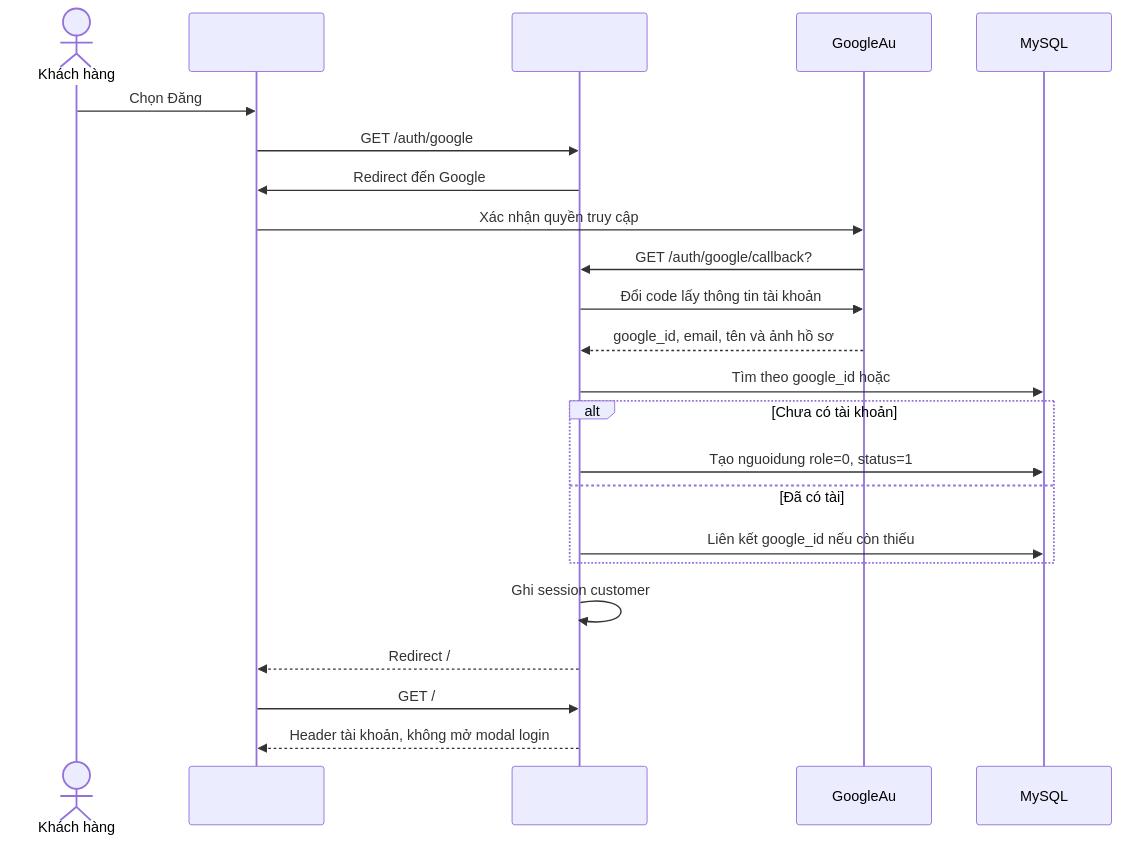
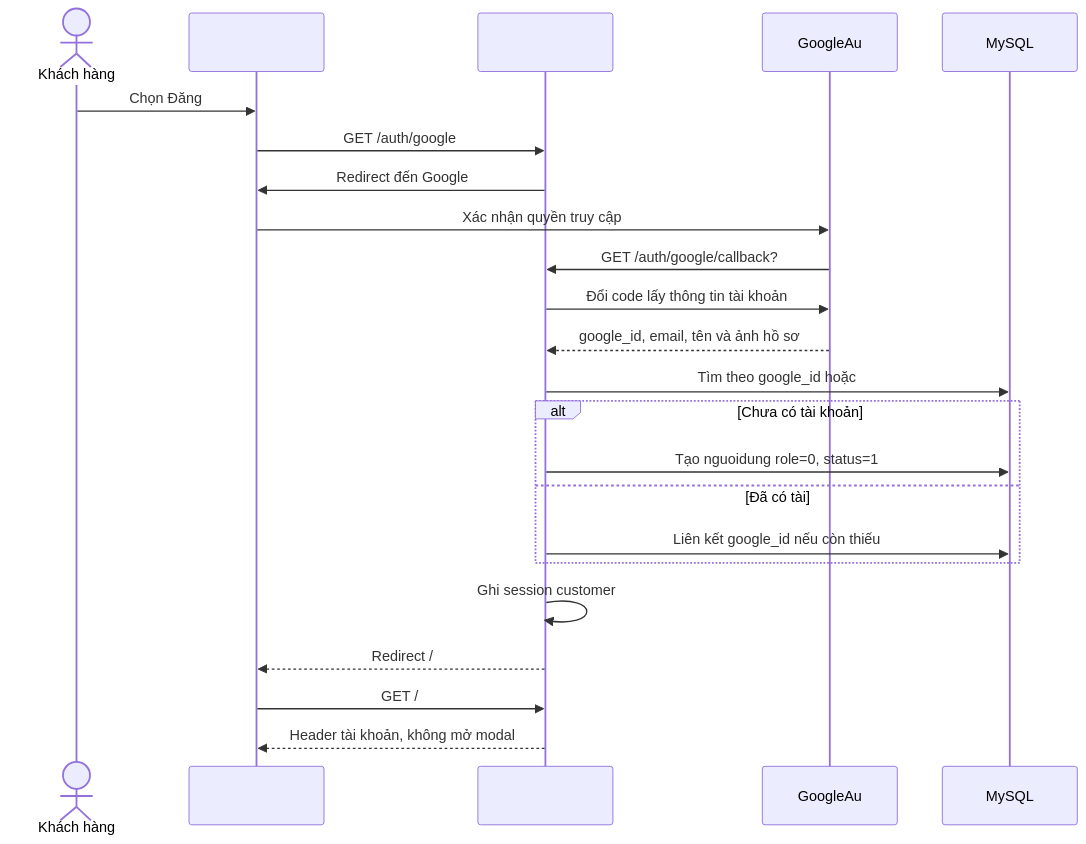
The third of 4 diagrams in README.md (ThuanDepzai03/DuAnTotNghiep), drawn with Mermaid before and after one commit.

Commit message:
sửa sản phẩm

````diff
--- a/README.md
+++ b/README.md
@@ -715,26 +715,26 @@
 ```mermaid
 sequenceDiagram
         actor Customer as Khách hàng
         participant Browser as 
         participant Laravel as
         participant Google as GoogleAu
         participant DB as MySQL
 
         Customer->>Browser: Chọn Đăng
         Browser->>Laravel: GET /auth/google
         Laravel->>Browser: Redirect đến Google
         Browser->>Google: Xác nhận quyền truy cập
         Google->>Laravel: GET /auth/google/callback?
         Laravel->>Google: Đổi code lấy thông tin tài khoản
         Google-->>Laravel: google_id, email, tên và ảnh hồ sơ
         Laravel->>DB: Tìm theo google_id hoặc
         alt Chưa có tài khoản
                 Laravel->>DB: Tạo nguoidung role=0, status=1
         else Đã có tài
                 Laravel->>DB: Liên kết google_id nếu còn thiếu
         end
         Laravel->>Laravel: Ghi session customer
         Laravel-->>Browser: Redirect /
         Browser->>Laravel: GET /
-        Laravel-->>Browser: Header tài khoản, không mở modal login
+        Laravel-->>Browser: Header tài khoản, không mở modal
 ```
````
